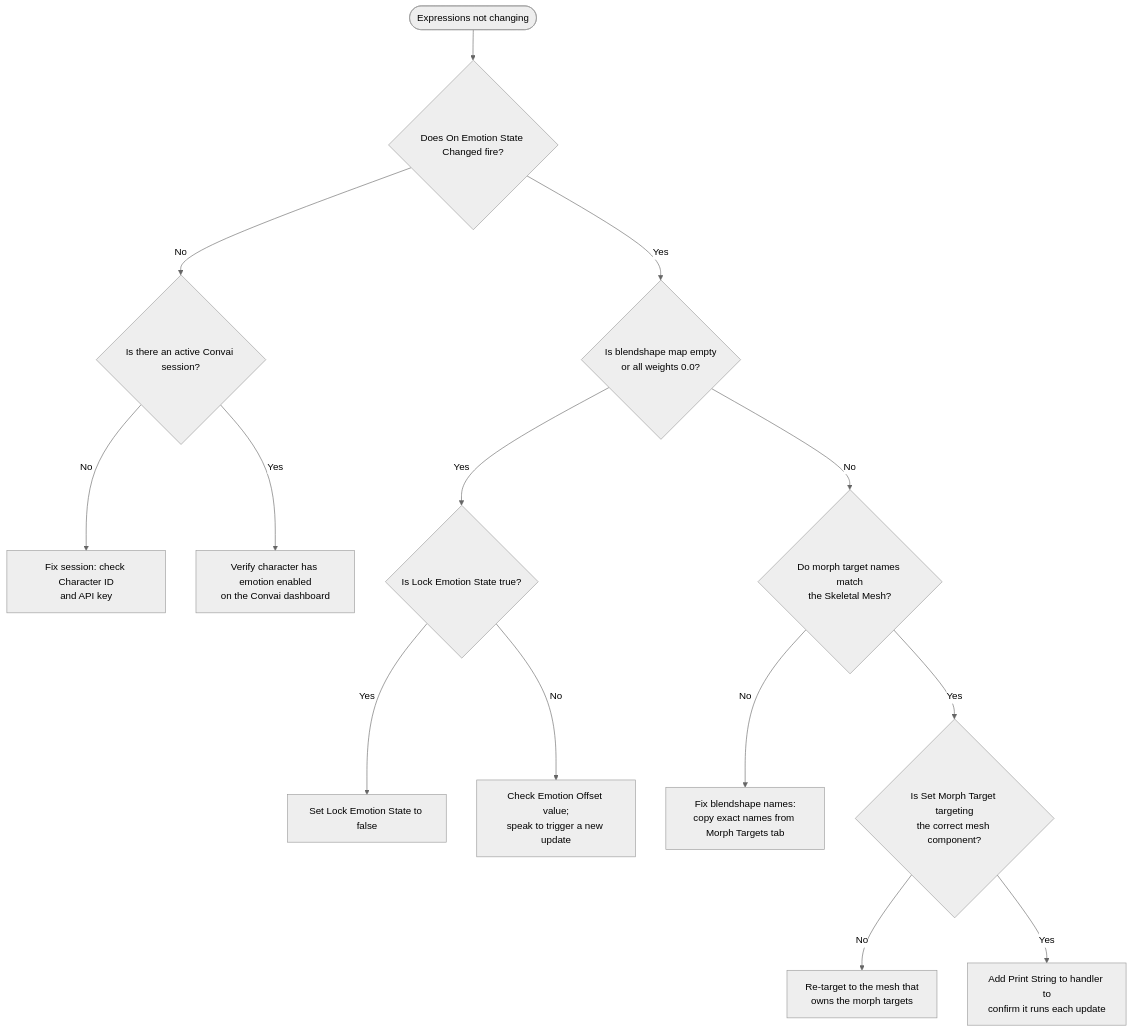
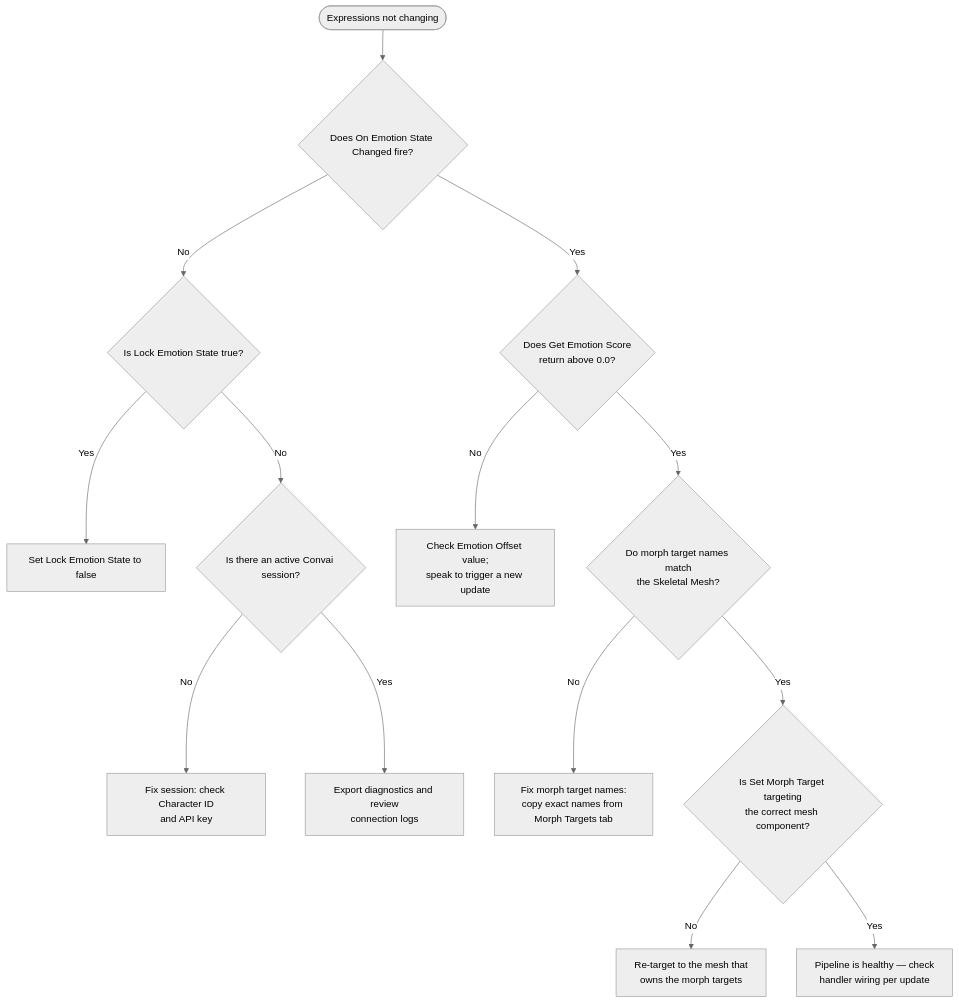
One commit to Conv-AI/Convai-Documentation changed the diagram in plugins-and-integrations/convai-unreal-engine-plugin/features/emotion/troubleshooting-and-diagnostics.md. Above: the diagram before and after it, drawn with Mermaid (neutral theme). The commit also changed other lines of this file and 5 other files, not shown here.

````diff
--- a/plugins-and-integrations/convai-unreal-engine-plugin/features/emotion/troubleshooting-and-diagnostics.md
+++ b/plugins-and-integrations/convai-unreal-engine-plugin/features/emotion/troubleshooting-and-diagnostics.md
@@ -151,16 +167,16 @@
 ```mermaid
 flowchart TD
     A([Expressions not changing]) --> B{Does On Emotion State Changed fire?}
-    B -- No --> C{Is there an active Convai session?}
-    C -- No --> D[Fix session: check Character ID\nand API key]
-    C -- Yes --> E[Verify character has emotion enabled\non the Convai dashboard]
-    B -- Yes --> F{Is blendshape map empty\nor all weights 0.0?}
-    F -- Yes --> G{Is Lock Emotion State true?}
-    G -- Yes --> H[Set Lock Emotion State to false]
-    G -- No --> I[Check Emotion Offset value;\nspeak to trigger a new update]
-    F -- No --> J{Do morph target names match\nthe Skeletal Mesh?}
-    J -- No --> K[Fix blendshape names:\ncopy exact names from Morph Targets tab]
+    B -- No --> C{Is Lock Emotion State true?}
+    C -- Yes --> D[Set Lock Emotion State to false]
+    C -- No --> E{Is there an active Convai session?}
+    E -- No --> F[Fix session: check Character ID\nand API key]
+    E -- Yes --> G[Export diagnostics and review\nconnection logs]
+    B -- Yes --> H{Does Get Emotion Score\nreturn above 0.0?}
+    H -- No --> I[Check Emotion Offset value;\nspeak to trigger a new update]
+    H -- Yes --> J{Do morph target names match\nthe Skeletal Mesh?}
+    J -- No --> K[Fix morph target names:\ncopy exact names from Morph Targets tab]
     J -- Yes --> L{Is Set Morph Target targeting\nthe correct mesh component?}
     L -- No --> M[Re-target to the mesh that\nowns the morph targets]
-    L -- Yes --> N[Add Print String to handler to\nconfirm it runs each update]
+    L -- Yes --> N[Pipeline is healthy — check\nhandler wiring per update]
 ```
````
